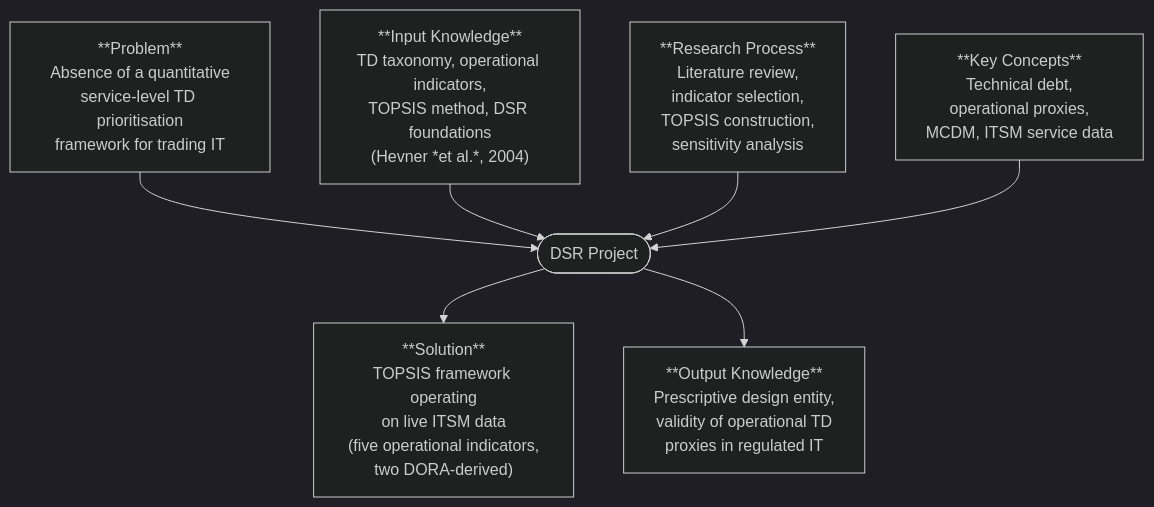
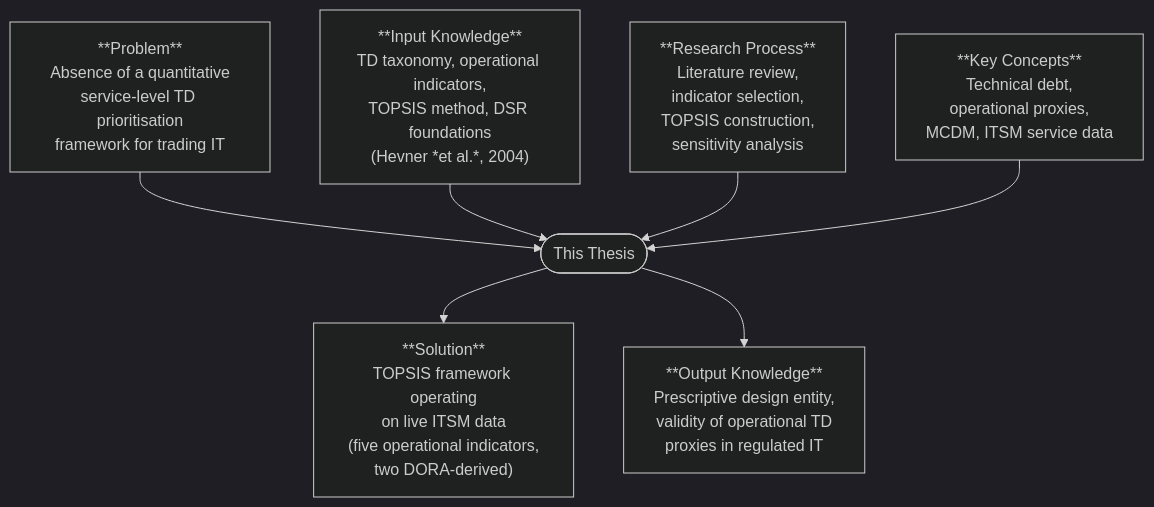
Before and after one commit to TobiZeier/MScProject: the first of 2 diagrams in quarto/chapters/3-methodology.qmd, drawn with Mermaid (dark theme). The commit also changed other lines of this file and 1 other file, not shown here.

````diff
--- a/quarto/chapters/3-methodology.qmd
+++ b/quarto/chapters/3-methodology.qmd
@@ -38,21 +38,21 @@
 ```{mermaid}
 %%| label: fig-dsr-grid
 %%| fig-cap: "DSR Grid for the present study, adapted from Peffers *et al.* (2007)"
 %%| fig-width: 6
 
 graph TD
     P["**Problem**<br/>Absence of a quantitative<br/>service-level TD prioritisation<br/>framework for trading IT"]
     IK["**Input Knowledge**<br/>TD taxonomy, operational indicators,<br/>TOPSIS method, DSR foundations<br/>(Hevner *et al.*, 2004)"]
     RP["**Research Process**<br/>Literature review,<br/>indicator selection,<br/>TOPSIS construction,<br/>sensitivity analysis"]
     KC["**Key Concepts**<br/>Technical debt,<br/>operational proxies,<br/>MCDM, ITSM service data"]
-    DSR(["DSR Project"])
+    DSR(["This Thesis"])
     S["**Solution**<br/>TOPSIS framework operating<br/>on live ITSM data<br/>(five operational indicators,<br/>two DORA-derived)"]
     OK["**Output Knowledge**<br/>Prescriptive design entity,<br/>validity of operational TD<br/>proxies in regulated IT"]
 
     P --> DSR
     IK --> DSR
     RP --> DSR
     KC --> DSR
     DSR --> S
     DSR --> OK
 ```
````
